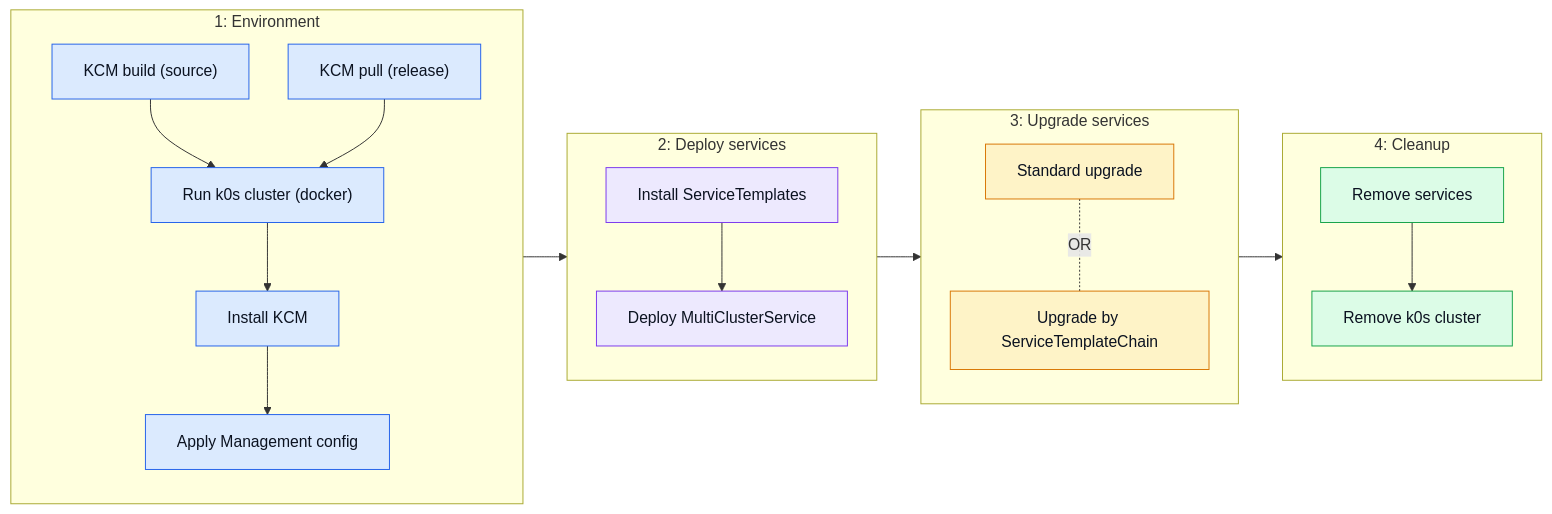
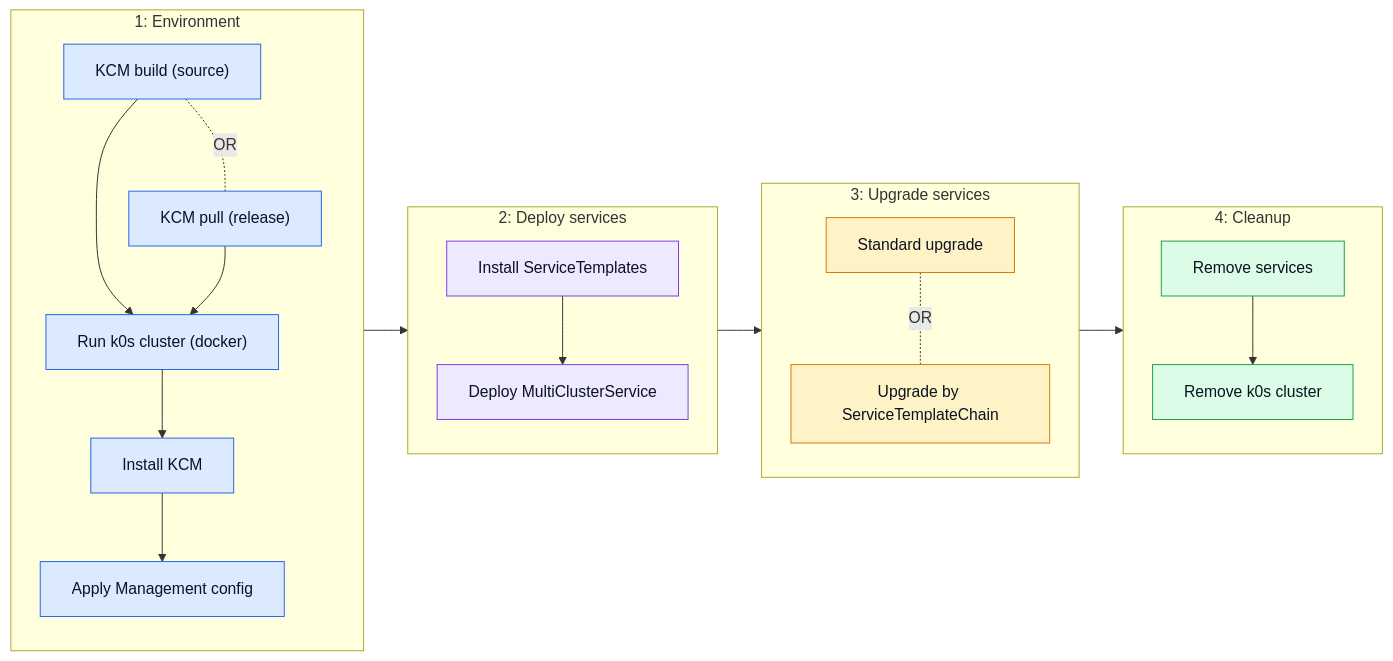
One commit to josef-hak/k0rdent-ksm-tests changed the first of 2 diagrams in README.md. Above: the diagram before and after it, drawn with Mermaid.

Commit message:
docs: mark source and release as alternatives too

````diff
--- a/README.md
+++ b/README.md
@@ -20,42 +20,41 @@
 ```mermaid
 %%{init: {'flowchart': {'padding': 16, 'nodeSpacing': 40, 'rankSpacing': 45}}}%%
 flowchart LR
     subgraph P1["1: Environment"]
         direction TB
-        E1["KCM build (source)"]
-        E2["KCM pull (release)"]
+        E1["KCM build (source)"] -. "OR" .- E2["KCM pull (release)"]
         E3["Run k0s cluster (docker)"]
         E4["Install KCM"]
         E5["Apply Management config"]
         E1 --> E3
         E2 --> E3
         E3 --> E4 --> E5
     end
 
     subgraph P2["2: Deploy services"]
         direction TB
         D1["Install ServiceTemplates"] --> D2["Deploy MultiClusterService"]
     end
 
     subgraph P3["3: Upgrade services"]
         direction TB
         U1["Standard upgrade"] -. "OR" .- U2["Upgrade by ServiceTemplateChain"]
     end
 
     subgraph P4["4: Cleanup"]
         direction TB
         C1["Remove services"] --> C2["Remove k0s cluster"]
     end
 
     P1 --> P2 --> P3 --> P4
 
     classDef env fill:#dbeafe,stroke:#2563eb,color:#0b1220
     classDef dep fill:#ede9fe,stroke:#7c3aed,color:#0b1220
     classDef upg fill:#fef3c7,stroke:#d97706,color:#0b1220
     classDef out fill:#dcfce7,stroke:#16a34a,color:#0b1220
 
     class E1,E2,E3,E4,E5 env
     class D1,D2 dep
     class U1,U2 upg
     class C1,C2 out
 ```
````
